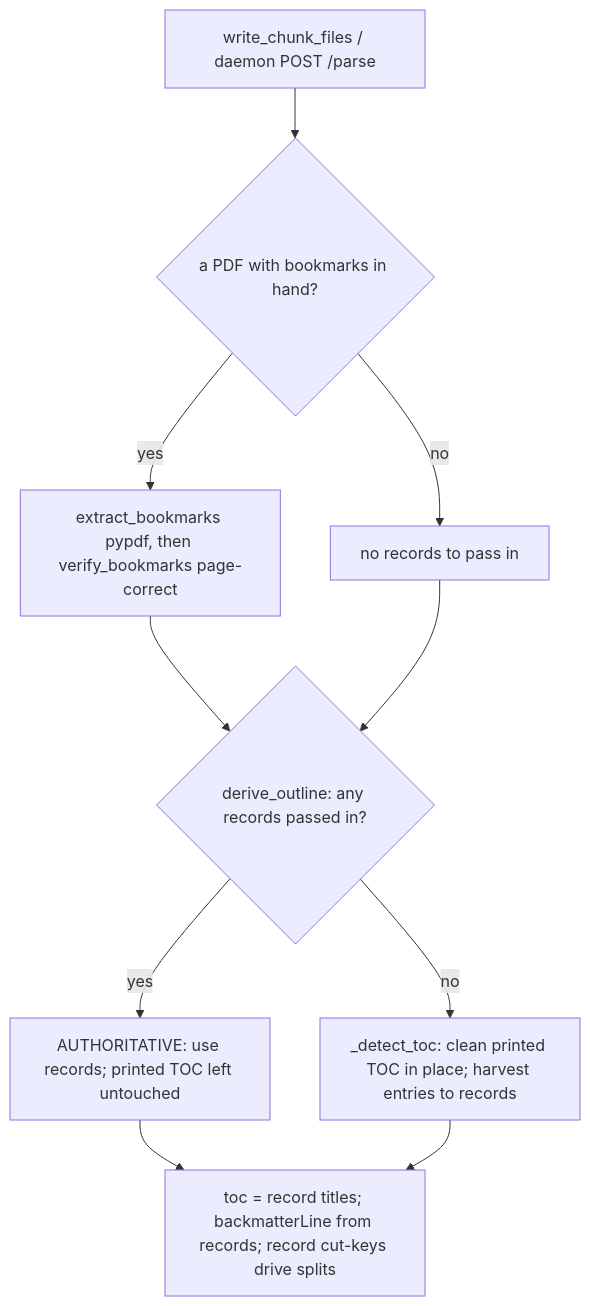
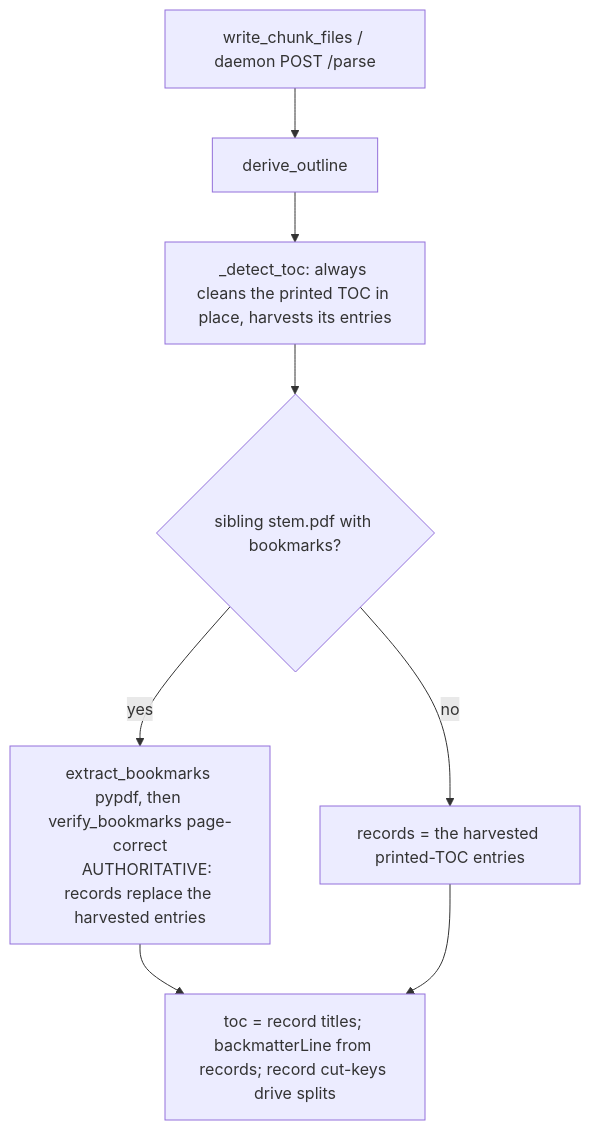
Before and after one commit to data-team-uhn/iap: the third of 3 diagrams in modules/documents/processing/processing.md, drawn with Mermaid. The commit also changed other lines of this file and 18 other files, not shown here.

````diff
--- a/modules/documents/processing/processing.md
+++ b/modules/documents/processing/processing.md
@@ -169,12 +194,11 @@
 ```mermaid
 flowchart TD
-    A["write_chunk_files / daemon POST /parse"] --> B{"a PDF with bookmarks in hand?"}
-    B -->|yes| C["extract_bookmarks pypdf, then verify_bookmarks page-correct"]
-    B -->|no| D["no records to pass in"]
-    C --> E{"derive_outline: any records passed in?"}
-    D --> E
-    E -->|yes| F["AUTHORITATIVE: use records; printed TOC left untouched"]
-    E -->|no| G["_detect_toc: clean printed TOC in place; harvest entries to records"]
-    F --> H["toc = record titles; backmatterLine from records; record cut-keys drive splits"]
-    G --> H
+    A["write_chunk_files / daemon POST /parse"] --> B["derive_outline"]
+    B --> C["_detect_toc: always cleans the printed TOC in place, harvests its entries"]
+    C --> D{"sibling stem.pdf with bookmarks?"}
+    D -->|yes| E["extract_bookmarks pypdf, then verify_bookmarks page-correct
+    AUTHORITATIVE: records replace the harvested entries"]
+    D -->|no| F["records = the harvested printed-TOC entries"]
+    E --> G["toc = record titles; backmatterLine from records; record cut-keys drive splits"]
+    F --> G
 ```
````
